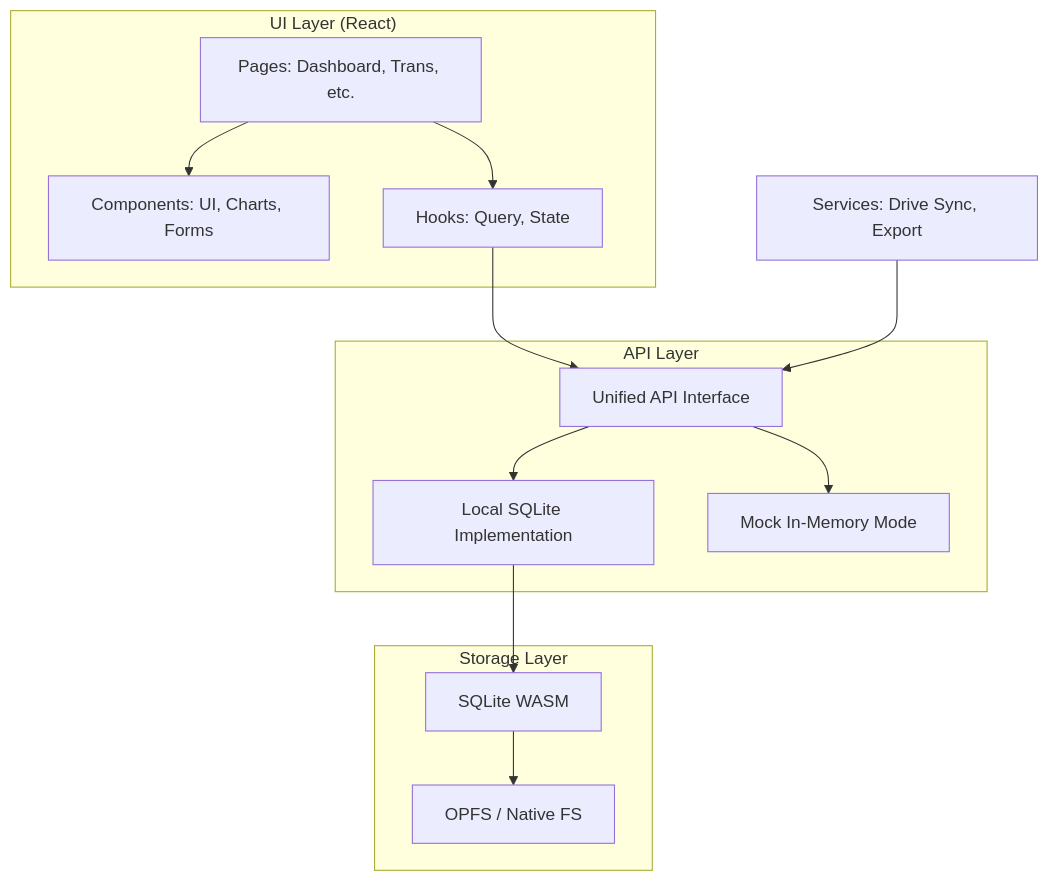
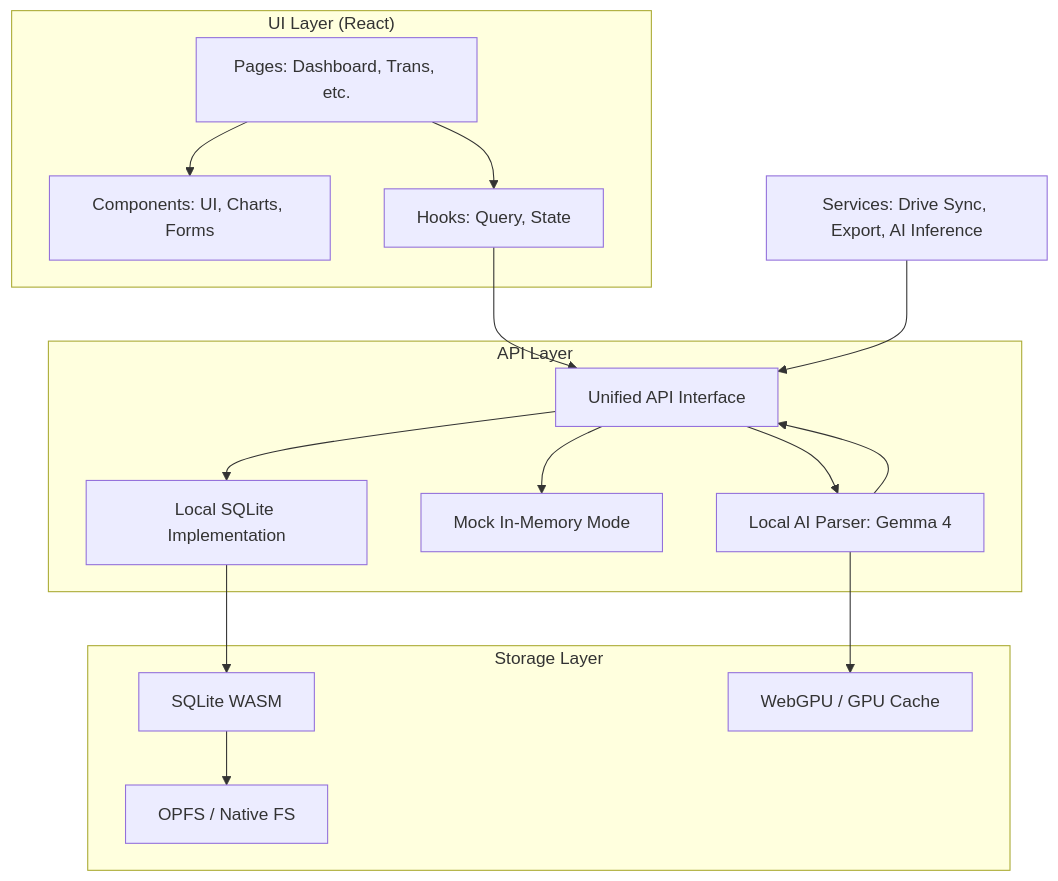
Before and after one commit to Skyline-9/budgetzilla: the diagram in docs/src/content/docs/development/architecture.mdx, drawn with Mermaid. The commit also changed other lines of this file and 1 other file, not shown here.

Commit message:
📝 docs: update favicon and expand architecture documentation with AI engine details

````diff
--- a/docs/src/content/docs/development/architecture.mdx
+++ b/docs/src/content/docs/development/architecture.mdx
@@ -10,30 +10,35 @@
 ```mermaid
 graph TD
 subgraph "UI Layer (React)"
 Pages[Pages: Dashboard, Trans, etc.]
 Comp[Components: UI, Charts, Forms]
 Hooks[Hooks: Query, State]
 Pages --> Comp
 Pages --> Hooks
 end
 
 subgraph "API Layer"
 Unified[Unified API Interface]
 Local[Local SQLite Implementation]
 Mock[Mock In-Memory Mode]
+AI[Local AI Parser: Gemma 4]
 Unified --> Local
 Unified --> Mock
+Unified --> AI
 end
 
 subgraph "Storage Layer"
 WASM[SQLite WASM]
 OPFS[OPFS / Native FS]
+GPU[WebGPU / GPU Cache]
 WASM --> OPFS
+AI --> GPU
 end
 
 Hooks --> Unified
 Local --> WASM
+AI --> Unified
 
-Services[Services: Drive Sync, Export]
+Services[Services: Drive Sync, Export, AI Inference]
 Services --> Unified
 ```
````
